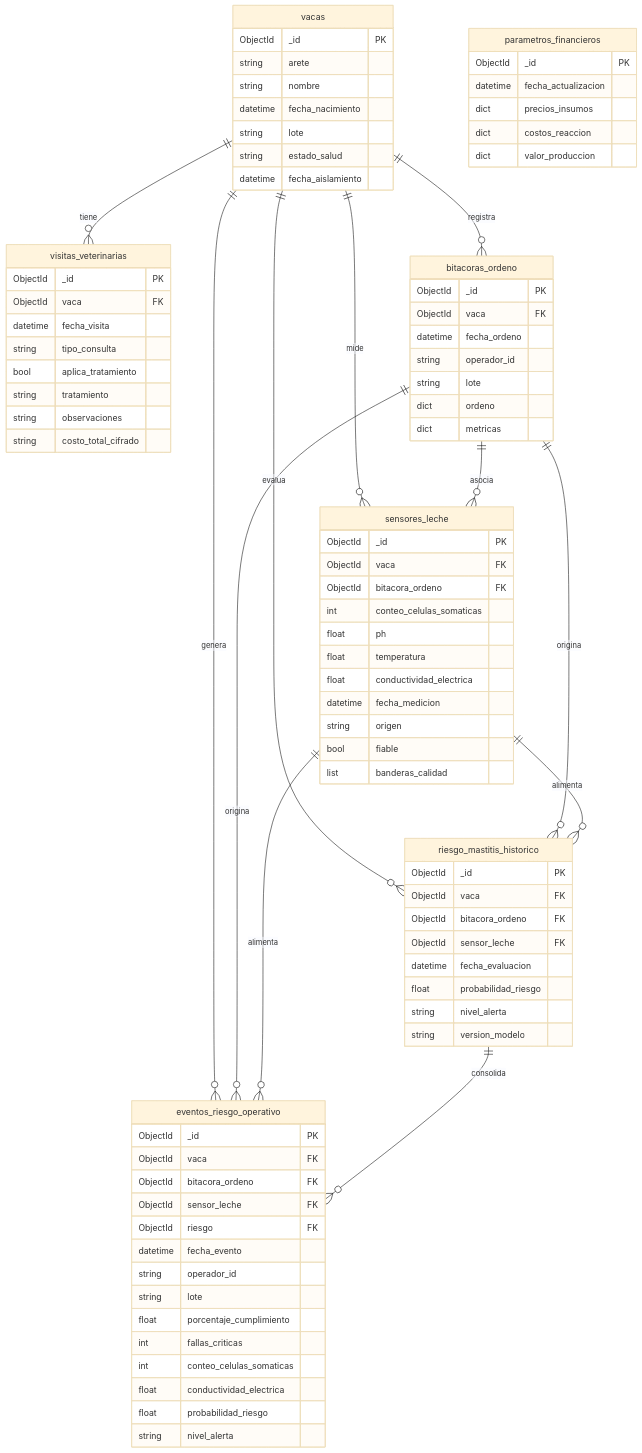
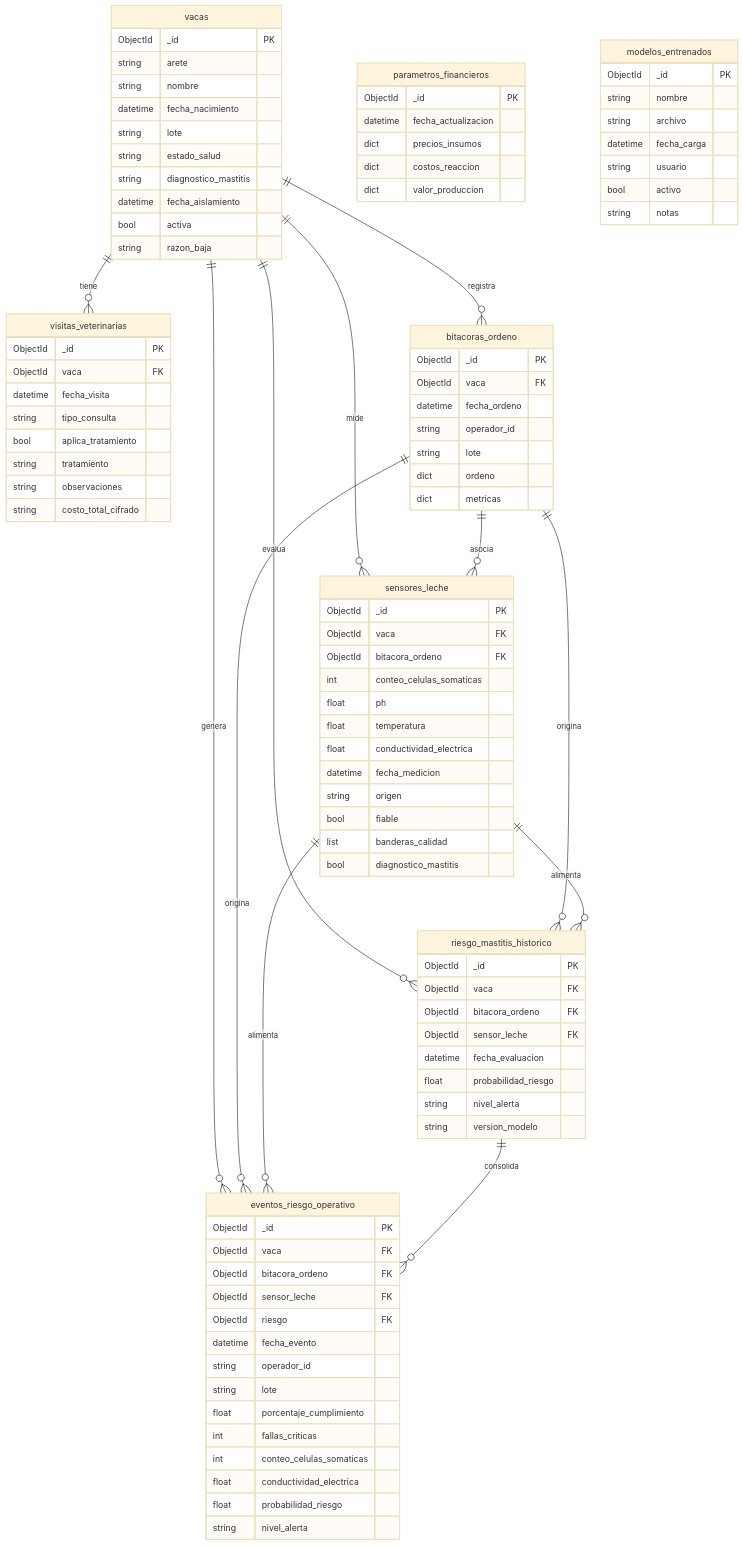
Before and after one commit to Isa-alt2000/PP-2026-01-Mastitrack: the second of 2 diagrams in docs/databases.md, drawn with Mermaid (base theme). The commit also changed other lines of this file and 36 other files, not shown here.

Commit message:
feat(model):Soporte para cargar modelos reales entrenados y ajustes para que el semaforo funcione en torno a ellos. Mini repositorio encargado de la red neuronal añadido. Tambien se agrega el módulo de carga de nuevos modelos.

```diff
--- a/docs/databases.md
+++ b/docs/databases.md
@@ -78,7 +78,10 @@
         datetime fecha_nacimiento
         string lote
         string estado_salud
+        string diagnostico_mastitis
         datetime fecha_aislamiento
+        bool activa
+        string razon_baja
     }
 
     visitas_veterinarias {
@@ -114,6 +117,7 @@
         string origen
         bool fiable
         list banderas_calidad
+        bool diagnostico_mastitis
     }
 
     riesgo_mastitis_historico {
@@ -152,6 +156,16 @@
         dict valor_produccion
     }
 
+    modelos_entrenados {
+        ObjectId _id PK
+        string nombre
+        string archivo
+        datetime fecha_carga
+        string usuario
+        bool activo
+        string notas
+    }
+
     vacas ||--o{ visitas_veterinarias : "tiene"
     vacas ||--o{ bitacoras_ordeno : "registra"
     vacas ||--o{ sensores_leche : "mide"
```
